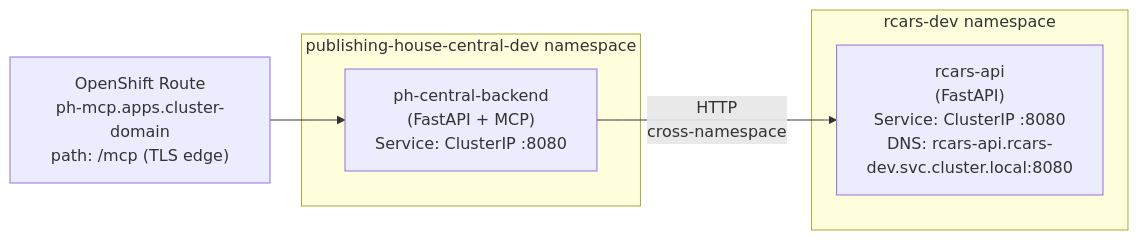
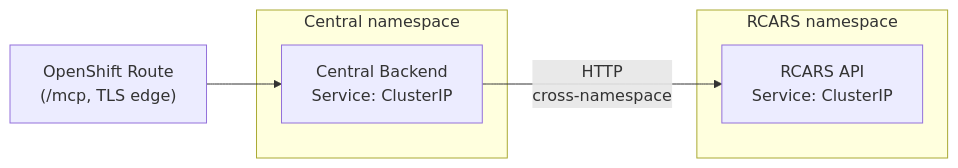
The second of 2 diagrams in docs/architecture/rcars-integration.md (treddy08/rhdp-publishing-house), drawn with Mermaid before and after one commit. The commit also changed other lines of this file and 6 other files, not shown here.

````diff
--- a/docs/architecture/rcars-integration.md
+++ b/docs/architecture/rcars-integration.md
@@ -66,14 +43,14 @@
 ```mermaid
 graph LR
-    ExtRoute["OpenShift Route<br/>ph-mcp.apps.cluster-domain<br/>path: /mcp (TLS edge)"] --> BE
+    ExtRoute["OpenShift Route<br/>(/mcp, TLS edge)"] --> BE
 
-    subgraph NS1["publishing-house-central-dev namespace"]
-        BE["ph-central-backend<br/>(FastAPI + MCP)<br/>Service: ClusterIP :8080"]
+    subgraph NS1["Central namespace"]
+        BE["Central Backend<br/>Service: ClusterIP"]
     end
 
     BE -->|"HTTP<br/>cross-namespace"| RCARS
 
-    subgraph NS2["rcars-dev namespace"]
-        RCARS["rcars-api<br/>(FastAPI)<br/>Service: ClusterIP :8080<br/>DNS: rcars-api.rcars-dev.svc.cluster.local:8080"]
+    subgraph NS2["RCARS namespace"]
+        RCARS["RCARS API<br/>Service: ClusterIP"]
     end
 ```
````
